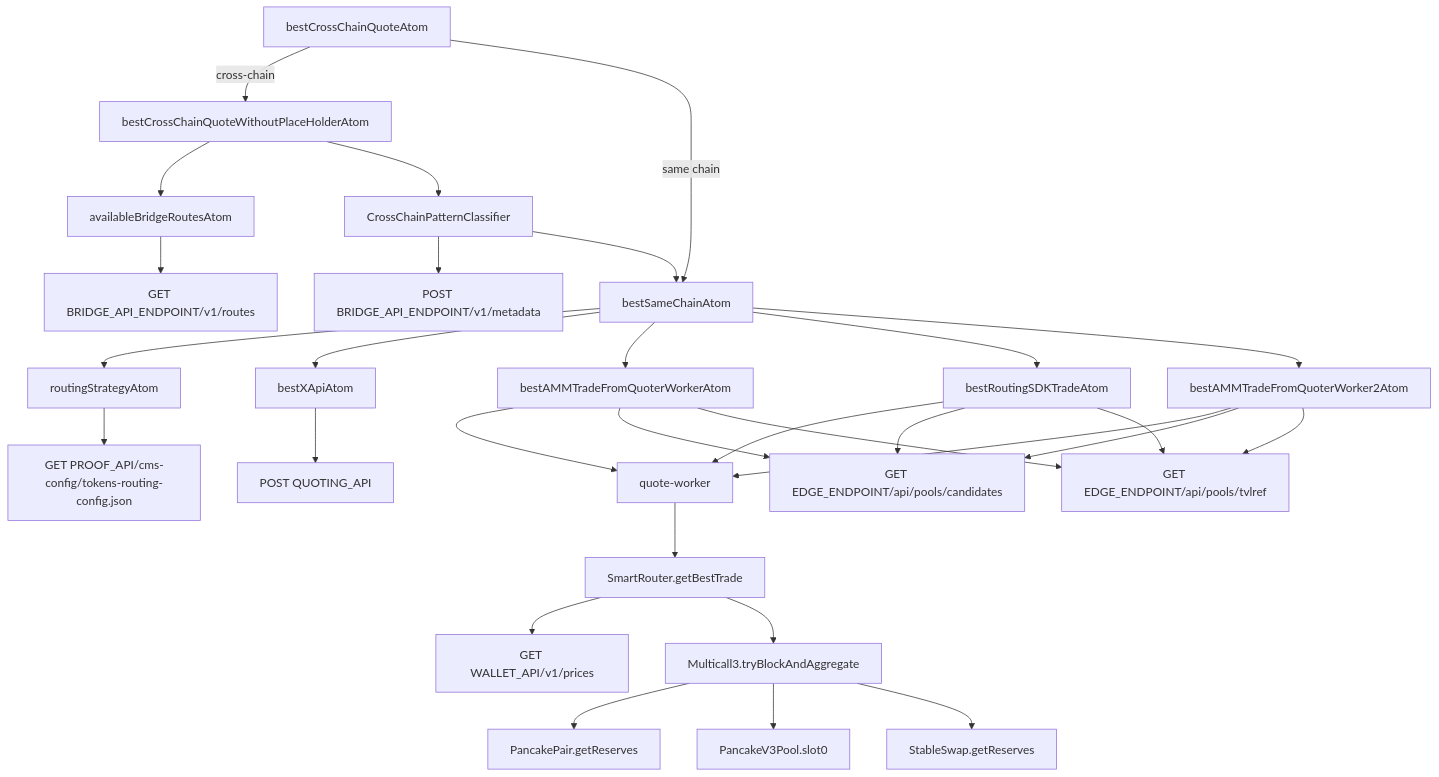
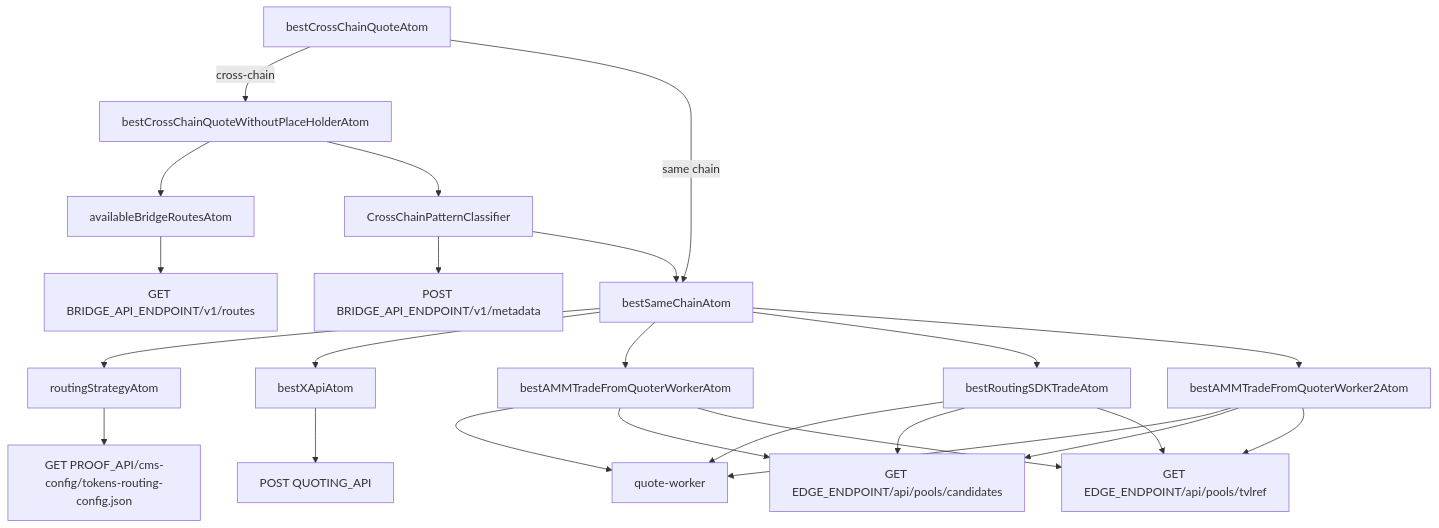
The first of 3 diagrams in apps/web/src/quoter/viz.md (chef-ryan/pancake-frontend), drawn with Mermaid before and after one commit. The commit also changed other lines of this file, not shown here.

Commit message:
update viz

````diff
--- a/apps/web/src/quoter/viz.md
+++ b/apps/web/src/quoter/viz.md
@@ -11,40 +11,34 @@
 ```mermaid
 flowchart TD
     A[bestCrossChainQuoteAtom]
     A -->|cross-chain| B[bestCrossChainQuoteWithoutPlaceHolderAtom]
     A -->|same chain| S[bestSameChainAtom]
 
     B --> R[availableBridgeRoutesAtom]
     R --> R1["GET BRIDGE_API_ENDPOINT/v1/routes"]
 
     B --> P[CrossChainPatternClassifier]
     P --> METADATA["POST BRIDGE_API_ENDPOINT/v1/metadata"]
     P --> S
 
     S --> RS[routingStrategyAtom]
     RS --> RS1["GET PROOF_API/cms-config/tokens-routing-config.json"]
 
     S --> QA[bestXApiAtom]
     QA --> QA1["POST QUOTING_API"]
 
     S --> BW1[bestAMMTradeFromQuoterWorkerAtom]
     BW1 --> W[quote-worker]
-    W --> SR[SmartRouter.getBestTrade]
-    SR --> WA["GET WALLET_API/v1/prices"]
-    SR --> M3["Multicall3.tryBlockAndAggregate"]
-    M3 --> V2["PancakePair.getReserves"]
-    M3 --> V3["PancakeV3Pool.slot0"]
-    M3 --> ST["StableSwap.getReserves"]
     BW1 --> EP1["GET EDGE_ENDPOINT/api/pools/candidates"]
     BW1 --> EP2["GET EDGE_ENDPOINT/api/pools/tvlref"]
 
     S --> BW2[bestRoutingSDKTradeAtom]
     BW2 --> W
     BW2 --> EP1
     BW2 --> EP2
 
     S --> BW3[bestAMMTradeFromQuoterWorker2Atom]
     BW3 --> W
     BW3 --> EP1
     BW3 --> EP2
 ```
````
